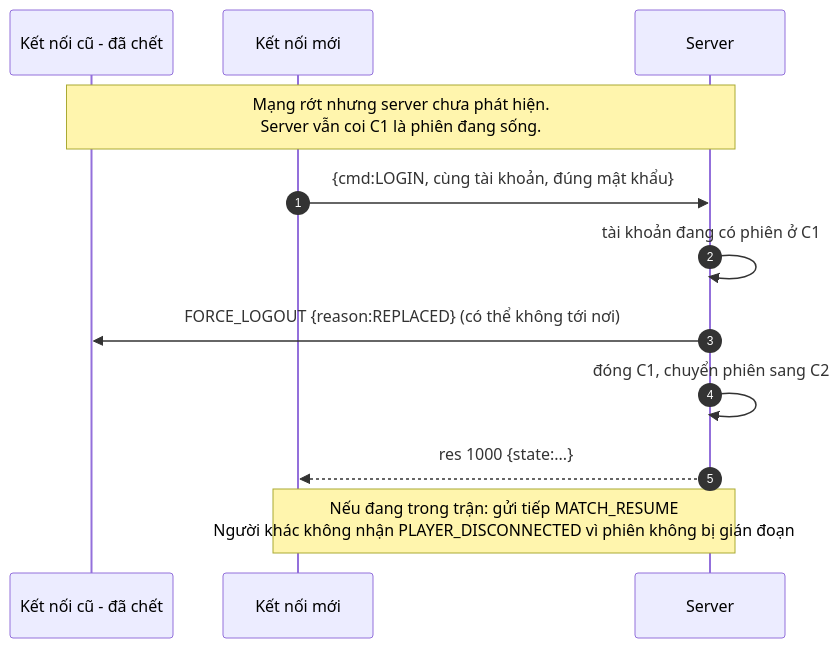
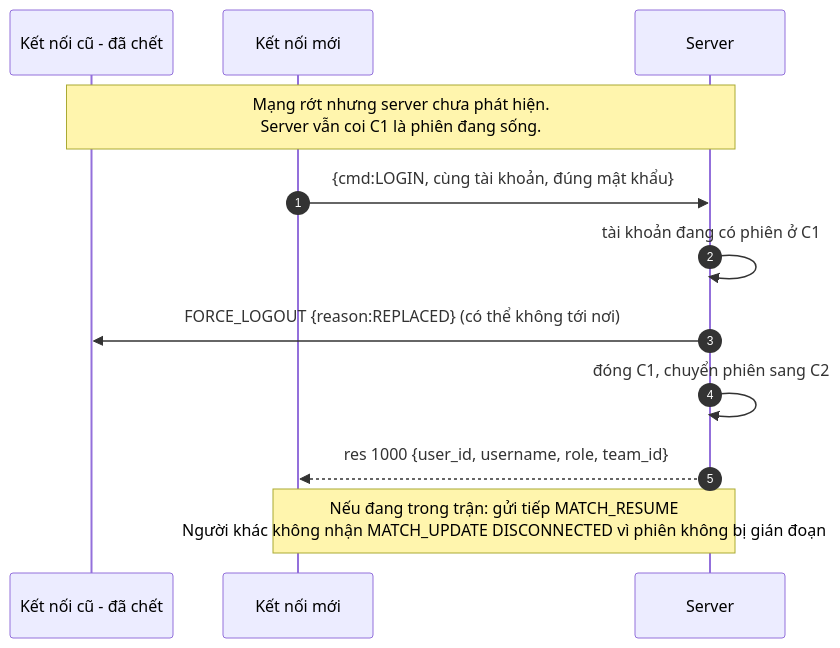
One commit to dson19/network changed the diagram in Project/docs/design/diagrams/sequence/31-session-replace.md. Above: the diagram before and after it, drawn with Mermaid. The commit also changed 24 other files, not shown here.

First line of the commit message:
Project: user_id identity, MATCH_UPDATE event, gun slots, PLAYER_LIST; rewrite report tables

````diff
--- a/Project/docs/design/diagrams/sequence/31-session-replace.md
+++ b/Project/docs/design/diagrams/sequence/31-session-replace.md
@@ -5,15 +5,15 @@
 ```mermaid
 sequenceDiagram
     autonumber
     participant C1 as Kết nối cũ - đã chết
     participant C2 as Kết nối mới
     participant S as Server
 
     Note over C1,S: Mạng rớt nhưng server chưa phát hiện.<br/>Server vẫn coi C1 là phiên đang sống.
     C2->>S: {cmd:LOGIN, cùng tài khoản, đúng mật khẩu}
     S->>S: tài khoản đang có phiên ở C1
     S->>C1: FORCE_LOGOUT {reason:REPLACED} (có thể không tới nơi)
     S->>S: đóng C1, chuyển phiên sang C2
-    S-->>C2: res 1000 {state:...}
-    Note over C2,S: Nếu đang trong trận: gửi tiếp MATCH_RESUME<br/>Người khác không nhận PLAYER_DISCONNECTED vì phiên không bị gián đoạn
+    S-->>C2: res 1000 {user_id, username, role, team_id}
+    Note over C2,S: Nếu đang trong trận: gửi tiếp MATCH_RESUME<br/>Người khác không nhận MATCH_UPDATE DISCONNECTED vì phiên không bị gián đoạn
 ```
````
